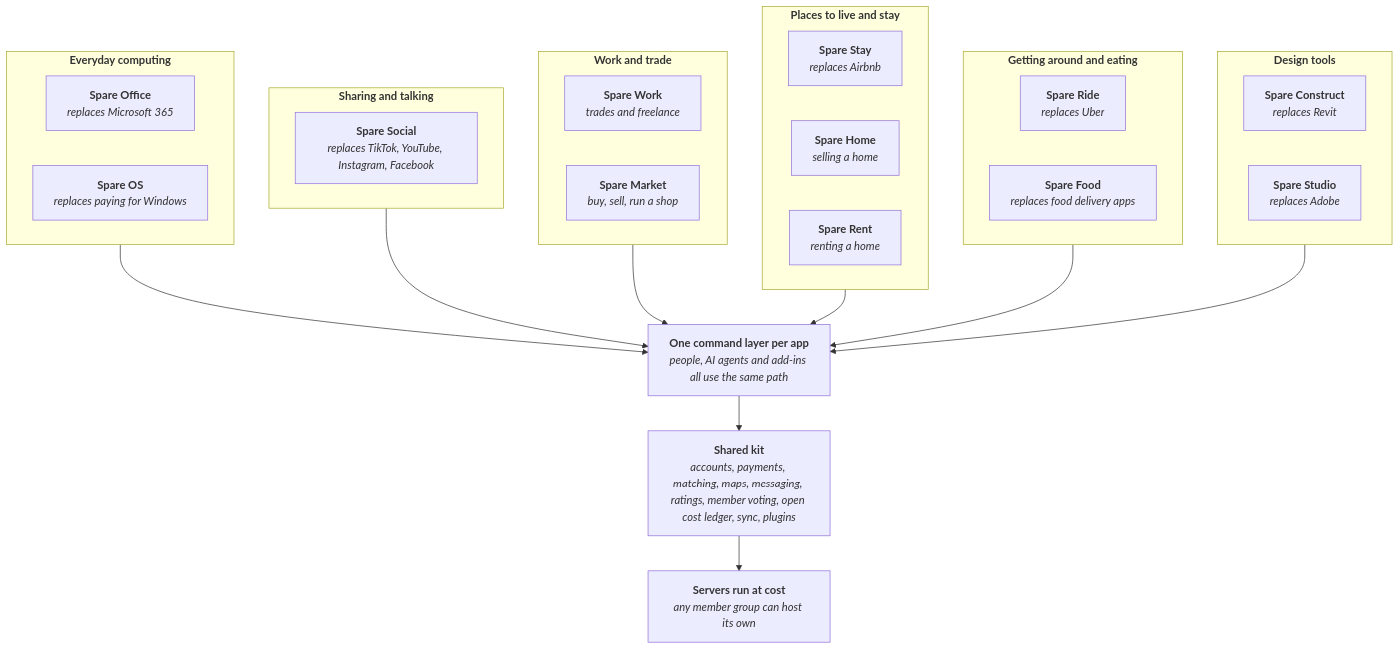
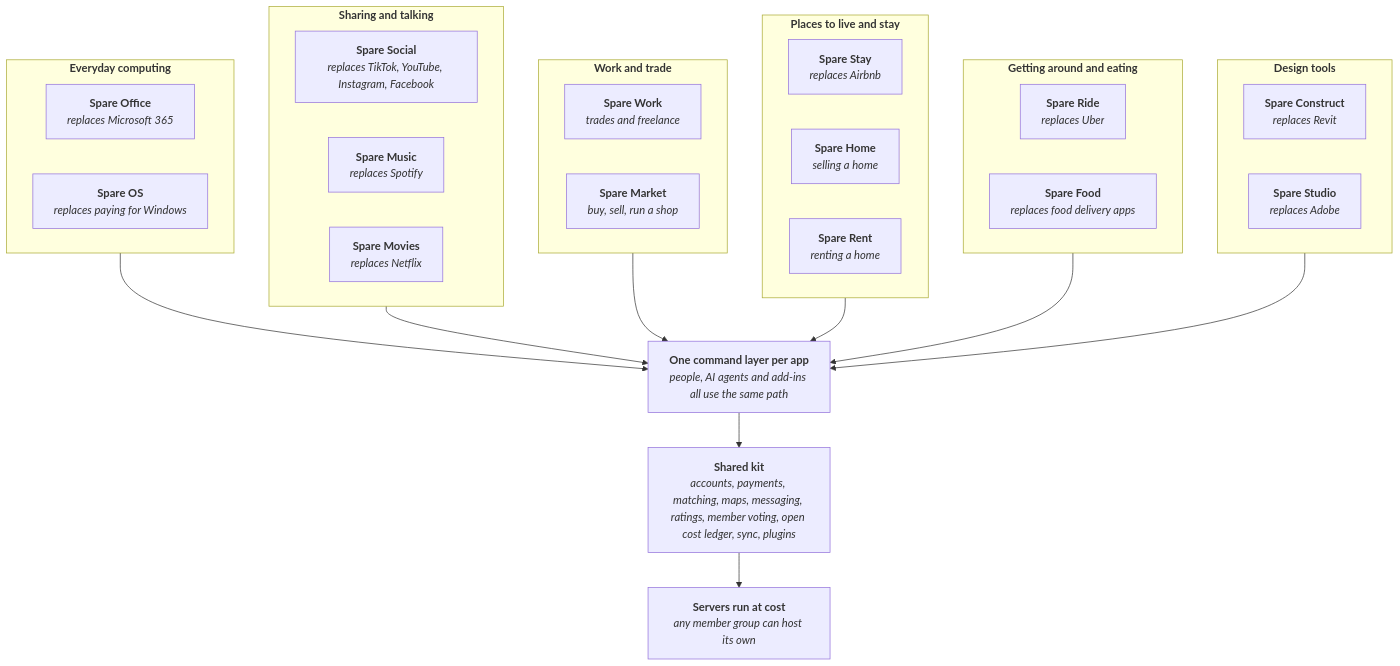
One commit to spareware-co-op/spareware changed the diagram in README.md. Above: the diagram before and after it, drawn with Mermaid. The commit also changed other lines of this file and 8 other files, not shown here.

Commit message:
Spare Music and Spare Movies added at the Idea stage, with how artists are paid and stopping copies to be decided

````diff
--- a/README.md
+++ b/README.md
@@ -19,58 +19,62 @@
 ```mermaid
 flowchart TB
   subgraph TRADE["`**Work and trade**`"]
     direction LR
     WORK["`**Spare Work**
 *trades and freelance*`"]
     MARKET["`**Spare Market**
 *buy, sell, run a shop*`"]
   end
   subgraph LIVE["`**Places to live and stay**`"]
     direction LR
     STAY["`**Spare Stay**
 *replaces Airbnb*`"]
     HOME["`**Spare Home**
 *selling a home*`"]
     RENT["`**Spare Rent**
 *renting a home*`"]
   end
   subgraph MOVE["`**Getting around and eating**`"]
     direction LR
     RIDE["`**Spare Ride**
 *replaces Uber*`"]
     FOOD["`**Spare Food**
 *replaces food delivery apps*`"]
   end
   subgraph DESIGN["`**Design tools**`"]
     direction LR
     CONSTRUCT["`**Spare Construct**
 *replaces Revit*`"]
     STUDIO["`**Spare Studio**
 *replaces Adobe*`"]
   end
   subgraph SHARE["`**Sharing and talking**`"]
     direction LR
     SOCIAL["`**Spare Social**
 *replaces TikTok, YouTube, Instagram, Facebook*`"]
+    MUSIC["`**Spare Music**
+*replaces Spotify*`"]
+    MOVIES["`**Spare Movies**
+*replaces Netflix*`"]
   end
   subgraph COMPUTE["`**Everyday computing**`"]
     direction LR
     OFFICE["`**Spare Office**
 *replaces Microsoft 365*`"]
     OSYS["`**Spare OS**
 *replaces paying for Windows*`"]
   end
   CMD["`**One command layer per app**
 *people, AI agents and add-ins all use the same path*`"]
   KIT["`**Shared kit**
 *accounts, payments, matching, maps, messaging, ratings, member voting, open cost ledger, sync, plugins*`"]
   RUN["`**Servers run at cost**
 *any member group can host its own*`"]
   COMPUTE --> CMD
   SHARE --> CMD
   TRADE --> CMD
   LIVE --> CMD
   MOVE --> CMD
   DESIGN --> CMD
   CMD --> KIT --> RUN
 ```
````
